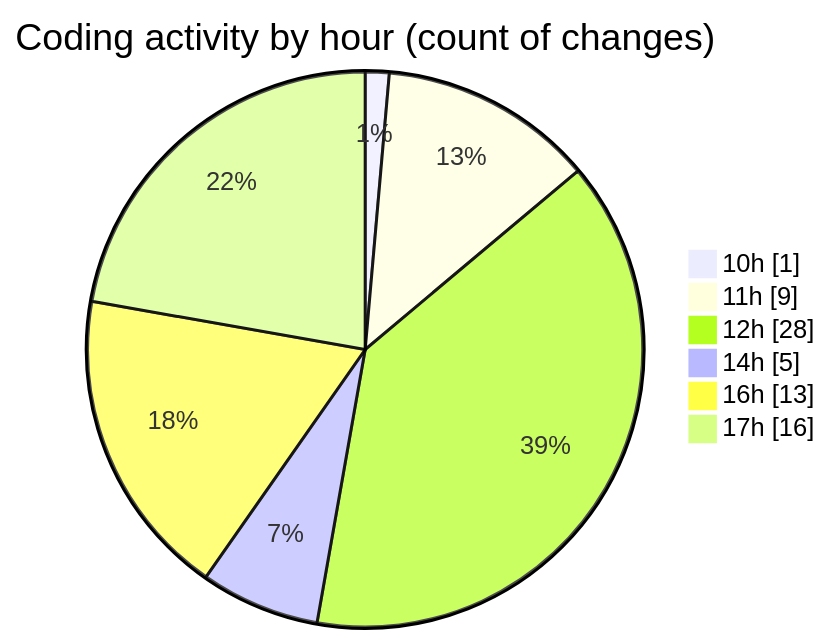
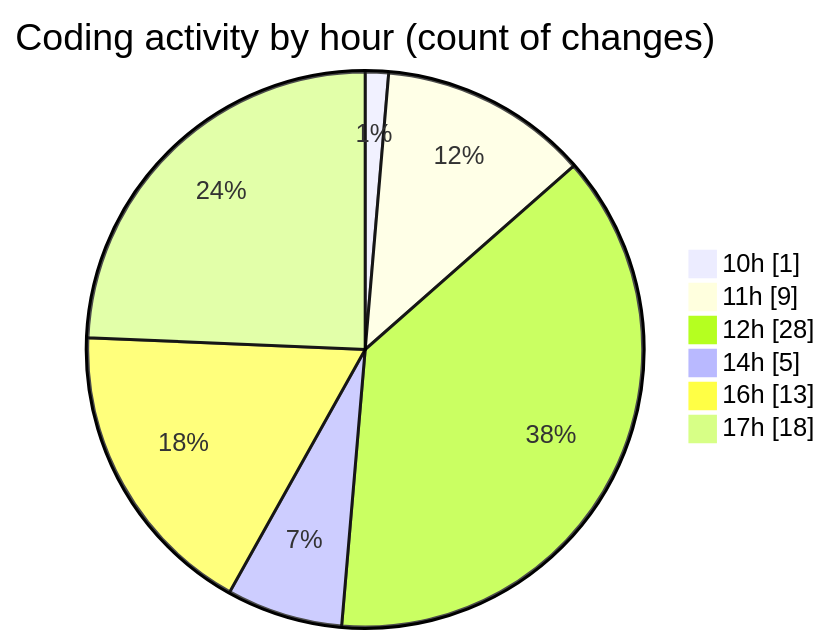
Before and after one commit to nxtqubesakshisongat/code-tracking: the second of 2 diagrams in 2025-07-10/argos/README.md, drawn with Mermaid. The commit also changed other lines of this file and 1 other file, not shown here.

````diff
--- a/2025-07-10/argos/README.md
+++ b/2025-07-10/argos/README.md
@@ -34,10 +34,10 @@
 ```mermaid
 pie showData
 title Coding activity by hour (count of changes)
 "10h" : 1
 "11h" : 9
 "12h" : 28
 "14h" : 5
 "16h" : 13
-"17h" : 16
+"17h" : 18
 ```
````
